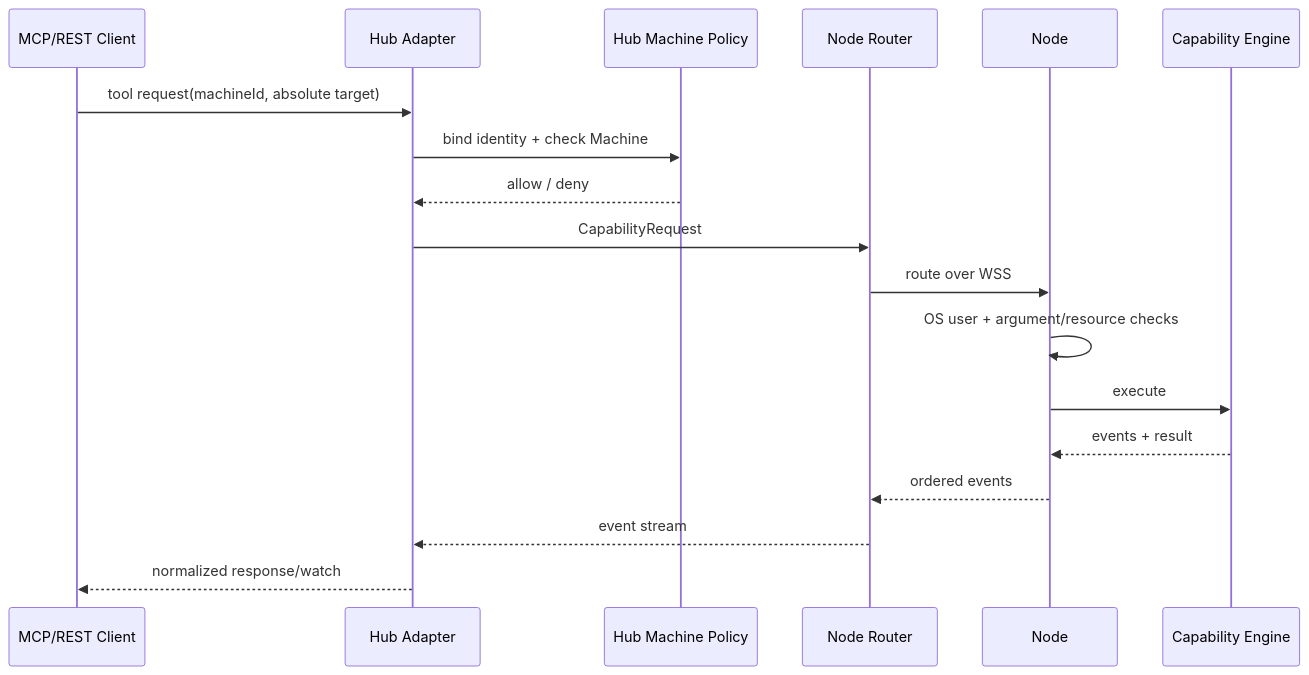
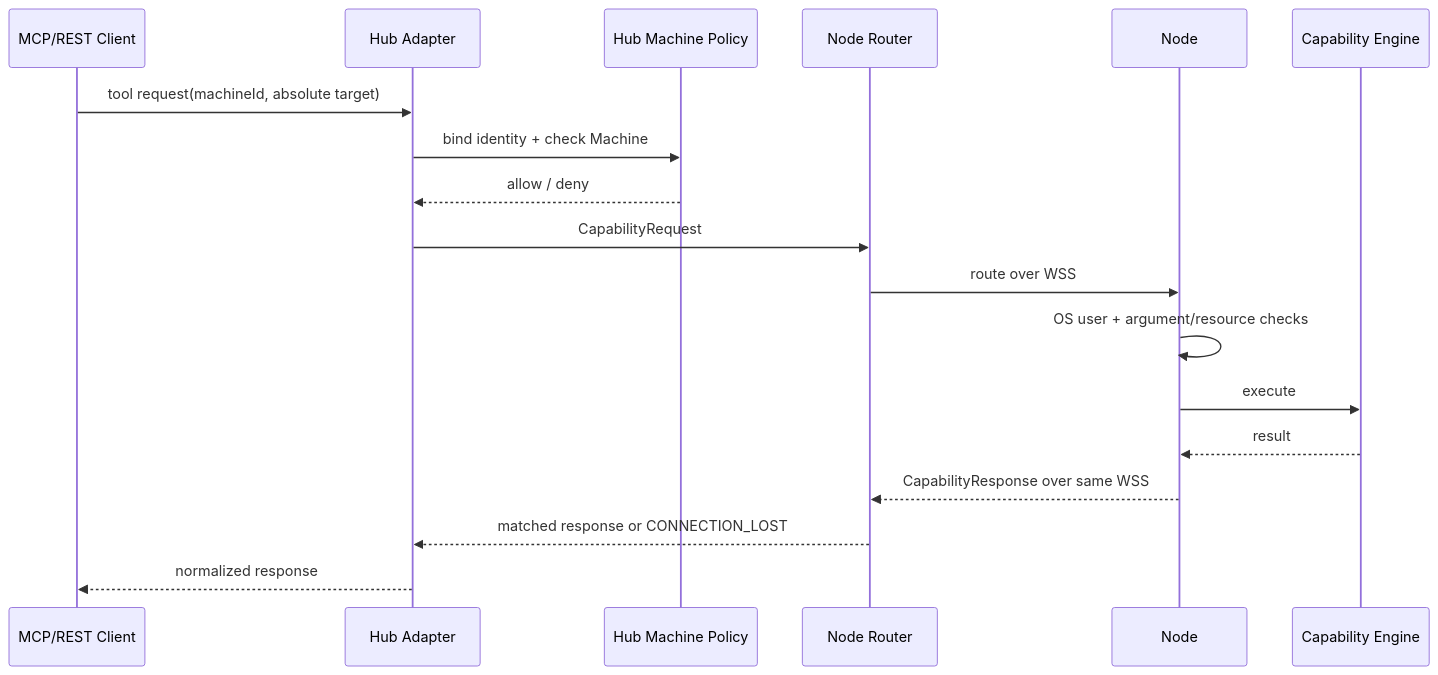
The second of 5 diagrams in docs/02-system-architecture.md (isguang2024/fast-spider), drawn with Mermaid before and after one commit. The commit also changed other lines of this file and 25 other files, not shown here.

````diff
--- a/docs/02-system-architecture.md
+++ b/docs/02-system-architecture.md
@@ -73,21 +73,21 @@
 ```mermaid
 sequenceDiagram
     participant C as MCP/REST Client
     participant H as Hub Adapter
     participant P as Hub Machine Policy
     participant R as Node Router
     participant N as Node
     participant E as Capability Engine
 
     C->>H: tool request(machineId, absolute target)
     H->>P: bind identity + check Machine
     P-->>H: allow / deny
     H->>R: CapabilityRequest
     R->>N: route over WSS
     N->>N: OS user + argument/resource checks
     N->>E: execute
-    E-->>N: events + result
-    N-->>R: ordered events
-    R-->>H: event stream
-    H-->>C: normalized response/watch
+    E-->>N: result
+    N-->>R: CapabilityResponse over same WSS
+    R-->>H: matched response or CONNECTION_LOST
+    H-->>C: normalized response
 ```
````
